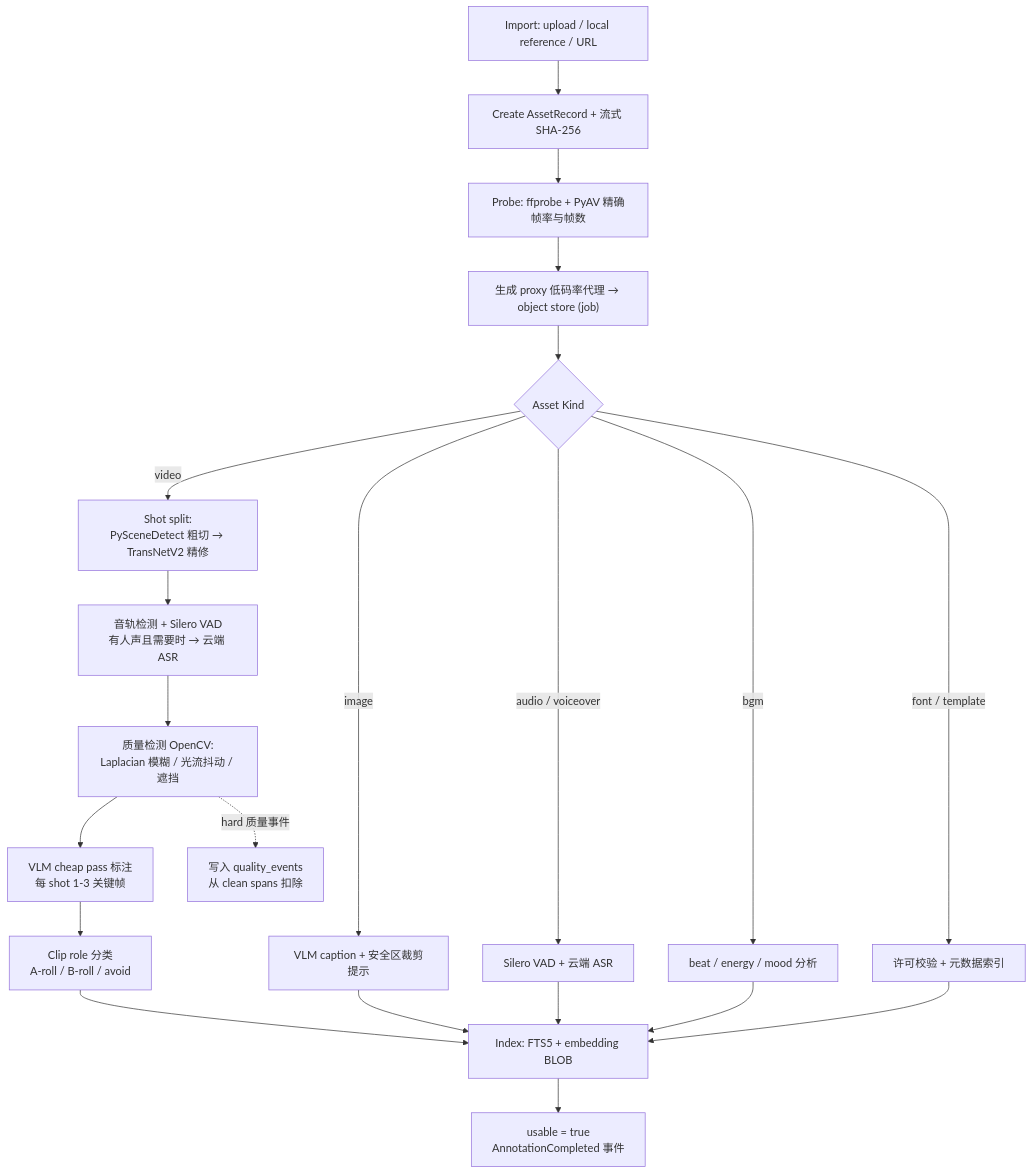
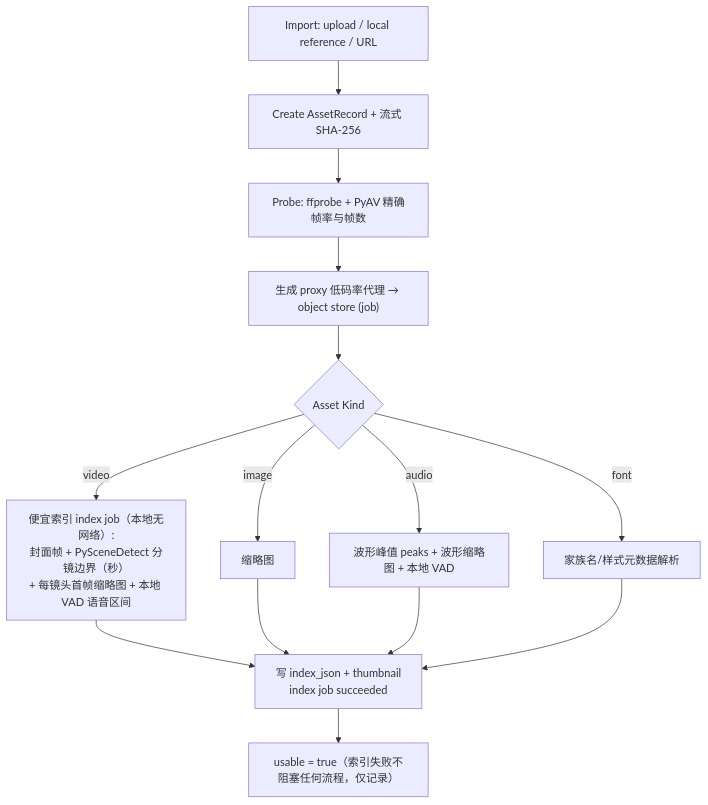
Diagram 15 of 23 in chat_first_editing_agent_prd_v1_2.md (nanzhi84/Rushes), drawn with Mermaid before and after one commit. The commit also changed other lines of this file and 156 other files, not shown here.

````diff
--- a/chat_first_editing_agent_prd_v1_2.md
+++ b/chat_first_editing_agent_prd_v1_2.md
@@ -1434,22 +1372,16 @@
 ```mermaid
 flowchart TB
   A["Import: upload / local reference / URL"] --> B["Create AssetRecord + 流式 SHA-256"]
   B --> C["Probe: ffprobe + PyAV 精确帧率与帧数"]
   C --> P["生成 proxy 低码率代理 → object store (job)"]
   P --> D{"Asset Kind"}
 
-  D -->|video| V1["Shot split:<br/>PySceneDetect 粗切 → TransNetV2 精修"]
-  V1 --> V2["音轨检测 + Silero VAD<br/>有人声且需要时 → 云端 ASR"]
-  V2 --> V3["质量检测 OpenCV:<br/>Laplacian 模糊 / 光流抖动 / 遮挡"]
-  V3 --> V4["VLM cheap pass 标注<br/>每 shot 1-3 关键帧"]
-  V4 --> V5["Clip role 分类<br/>A-roll / B-roll / avoid"]
-  V5 --> V6["Index: FTS5 + embedding BLOB"]
+  D -->|video| V1["便宜索引 index job（本地无网络）:<br/>封面帧 + PySceneDetect 分镜边界（秒）<br/>+ 每镜头首帧缩略图 + 本地 VAD 语音区间"]
+  V1 --> V6["写 index_json + thumbnail<br/>index job succeeded"]
 
-  D -->|image| I1["VLM caption + 安全区裁剪提示"] --> V6
-  D -->|audio / voiceover| A1["Silero VAD + 云端 ASR"] --> V6
-  D -->|bgm| B1["beat / energy / mood 分析"] --> V6
-  D -->|font / template| F1["许可校验 + 元数据索引"] --> V6
+  D -->|image| I1["缩略图"] --> V6
+  D -->|audio| A1["波形峰值 peaks + 波形缩略图 + 本地 VAD"] --> V6
+  D -->|font| F1["家族名/样式元数据解析"] --> V6
 
-  V6 --> DONE["usable = true<br/>AnnotationCompleted 事件"]
-  V3 -.hard 质量事件.-> AVOID["写入 quality_events<br/>从 clean spans 扣除"]
+  V6 --> DONE["usable = true（索引失败不阻塞任何流程，仅记录）"]
 ```
````
